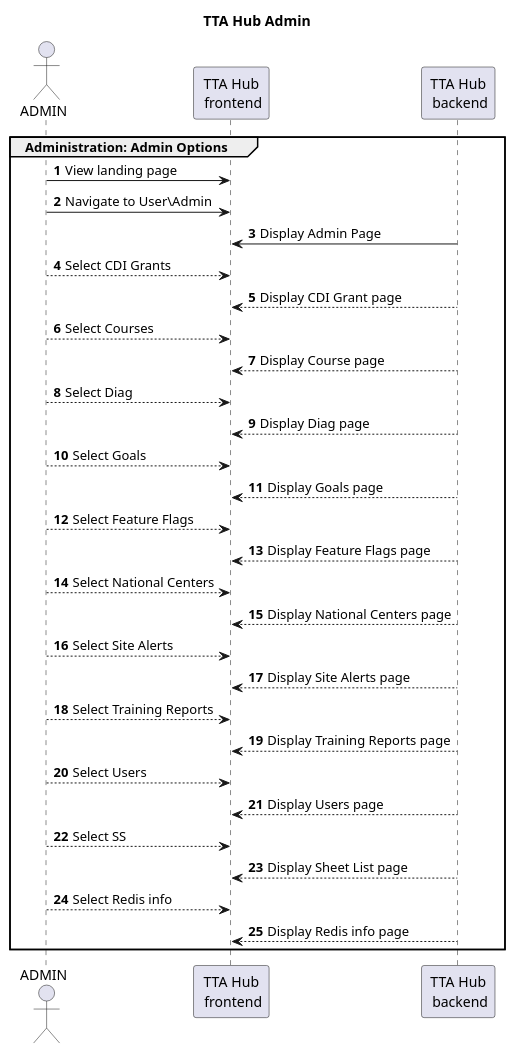
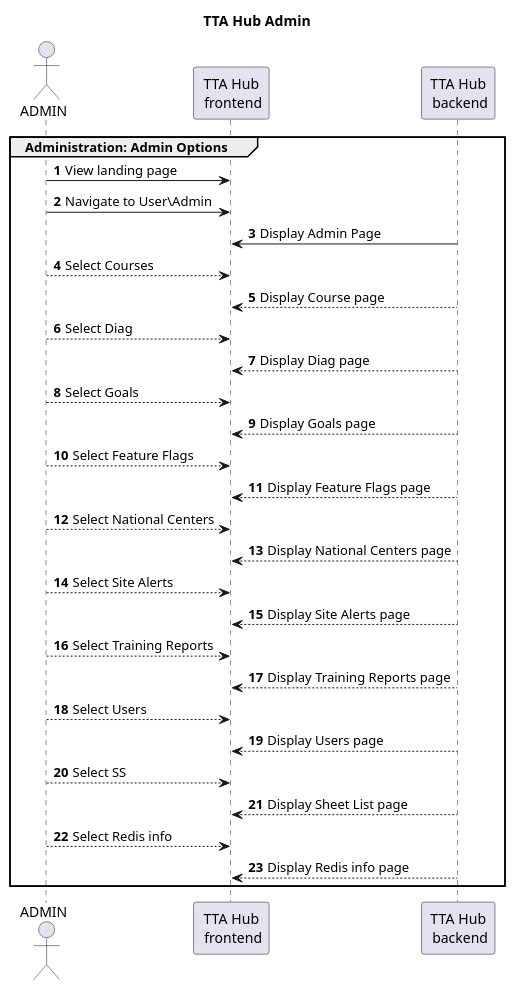
Before and after one commit to HHS/Head-Start-TTADP: the diagram in docs/sequence-diagrams/admin.puml, drawn with PlantUML. The commit also changed 16 other files, not shown here.

```diff
--- a/docs/sequence-diagrams/admin.puml
+++ b/docs/sequence-diagrams/admin.puml
@@ -1,38 +1,36 @@
 @startuml
 
 title "TTA Hub Admin"
 
 actor ADMIN as AD
 participant "TTA Hub\n frontend" as FRONTEND
 participant "TTA Hub\n backend" as BACKEND
 
 group Administration: Admin Options
     autonumber 1
     AD -> FRONTEND : View landing page
     AD -> FRONTEND : Navigate to User\Admin
     FRONTEND <- BACKEND : Display Admin Page
-    AD --> FRONTEND : Select CDI Grants
-    FRONTEND <-- BACKEND : Display CDI Grant page
     AD --> FRONTEND : Select Courses
     FRONTEND <-- BACKEND : Display Course page
     AD --> FRONTEND : Select Diag
     FRONTEND <-- BACKEND : Display Diag page
     AD --> FRONTEND : Select Goals
     FRONTEND <-- BACKEND : Display Goals page
     AD --> FRONTEND : Select Feature Flags
     FRONTEND <-- BACKEND : Display Feature Flags page
     AD --> FRONTEND : Select National Centers
     FRONTEND <-- BACKEND : Display National Centers page
     AD --> FRONTEND : Select Site Alerts
     FRONTEND <-- BACKEND : Display Site Alerts page
     AD --> FRONTEND : Select Training Reports
     FRONTEND <-- BACKEND : Display Training Reports page
     AD --> FRONTEND : Select Users
     FRONTEND <-- BACKEND : Display Users page
     AD --> FRONTEND : Select SS
     FRONTEND <-- BACKEND : Display Sheet List page
     AD --> FRONTEND : Select Redis info
     FRONTEND <-- BACKEND : Display Redis info page
 end
 
 @enduml
```
